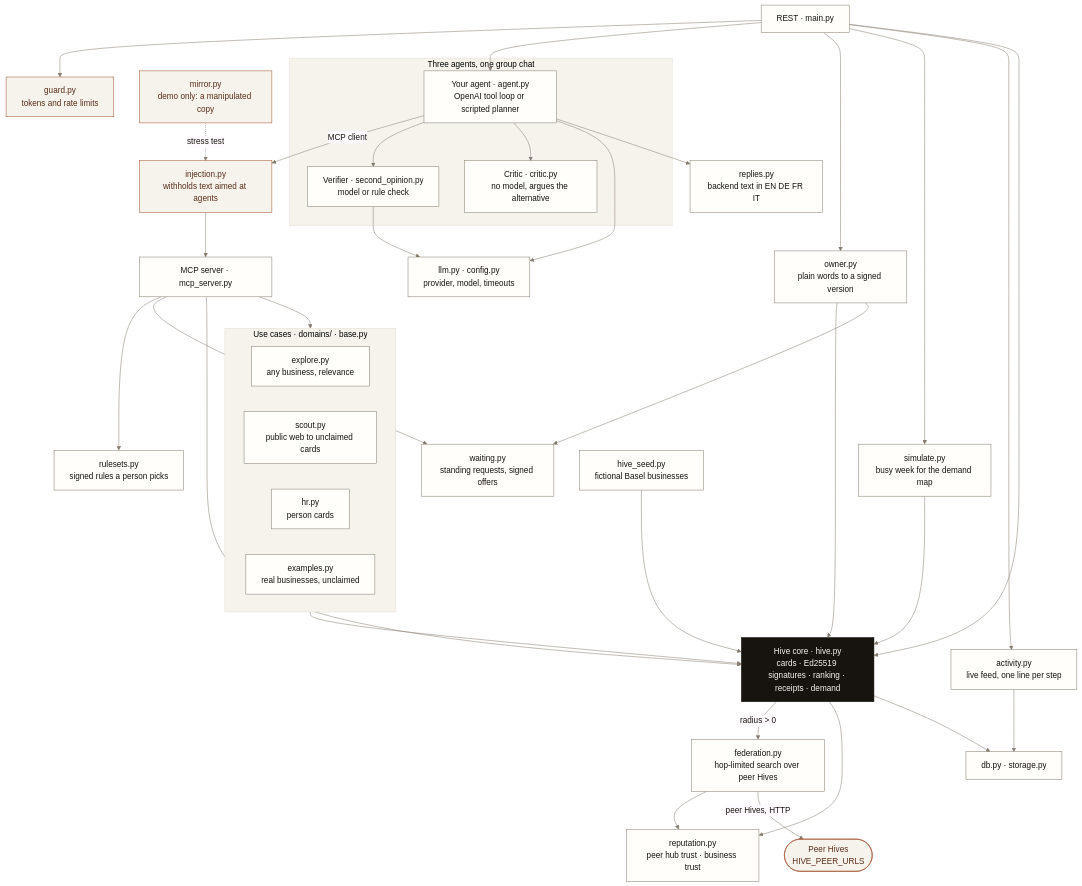
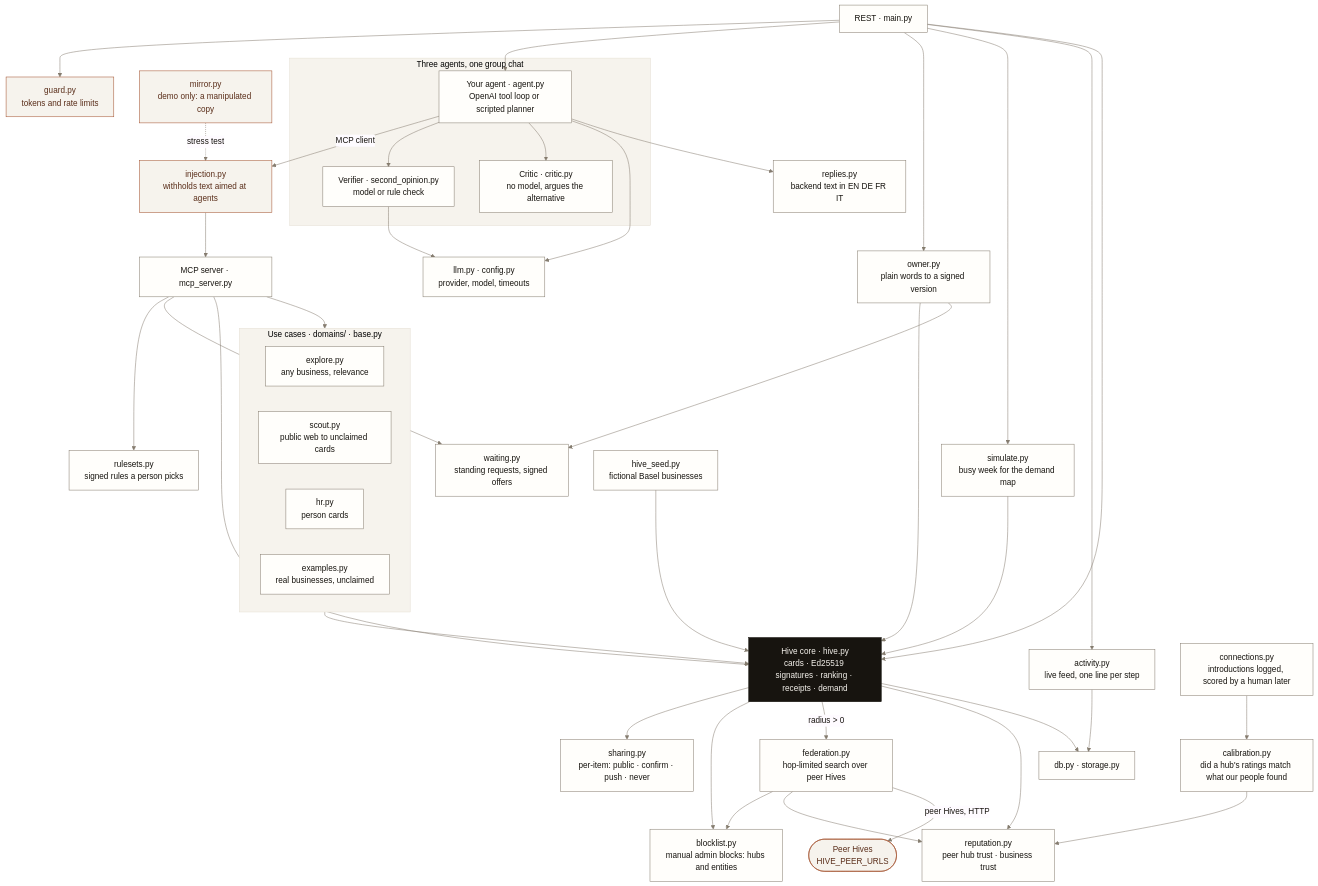
One commit to reactbias/Adobee-Hive changed the second of 7 diagrams in documentation/DIAGRAMS.md. Above: the diagram before and after it, drawn with Mermaid. The commit also changed other lines of this file and 6 other files, not shown here.

First line of the commit message:
feat(hub): item-level sharing, admin blocklist, connection log, hub calibration

````diff
--- a/documentation/DIAGRAMS.md
+++ b/documentation/DIAGRAMS.md
@@ -68,64 +68,73 @@
 ```mermaid
 %%{init: {"theme": "base", "themeVariables": {"primaryColor": "#fffefb", "primaryBorderColor": "#857c6f", "primaryTextColor": "#17140f", "lineColor": "#857c6f", "clusterBkg": "#f6f3ed", "clusterBorder": "#e4ded3", "noteBkgColor": "#f6f3ed", "noteBorderColor": "#e4ded3", "actorBkg": "#fffefb", "actorBorder": "#857c6f", "signalColor": "#4b443a", "signalTextColor": "#17140f", "fontFamily": "Helvetica, Arial, sans-serif"}}}%%
 flowchart TB
   classDef core fill:#17140f,stroke:#17140f,color:#f6f3ed
   classDef mod fill:#fffefb,stroke:#857c6f,color:#17140f
   classDef guard fill:#f6f3ed,stroke:#a24f2c,color:#5a2e1a
 
   REST[REST · main.py]:::mod
   MCP[MCP server · mcp_server.py]:::mod
 
   subgraph DOMAINS["Use cases · domains/ · base.py"]
     EXP[explore.py<br/>any business, relevance]:::mod
     SCT[scout.py<br/>public web to unclaimed cards]:::mod
     HR[hr.py<br/>person cards]:::mod
     EXM[examples.py<br/>real businesses, unclaimed]:::mod
   end
 
   subgraph AGENTS["Three agents, one group chat"]
     A[Your agent · agent.py<br/>OpenAI tool loop or scripted planner]:::mod
     V[Verifier · second_opinion.py<br/>model or rule check]:::mod
     C[Critic · critic.py<br/>no model, argues the alternative]:::mod
   end
 
   INJ[injection.py<br/>withholds text aimed at agents]:::guard
   MIR[mirror.py<br/>demo only: a manipulated copy]:::guard
   GRD[guard.py<br/>tokens and rate limits]:::guard
   LLM[llm.py · config.py<br/>provider, model, timeouts]:::mod
   RPL[replies.py<br/>backend text in EN DE FR IT]:::mod
   OWN[owner.py<br/>plain words to a signed version]:::mod
   WAIT[waiting.py<br/>standing requests, signed offers]:::mod
   RUL[rulesets.py<br/>signed rules a person picks]:::mod
   SIM[simulate.py<br/>busy week for the demand map]:::mod
   ACT[activity.py<br/>live feed, one line per step]:::mod
   HIVE[Hive core · hive.py<br/>cards · Ed25519 signatures · ranking · receipts · demand]:::core
   FED[federation.py<br/>hop-limited search over peer Hives]:::mod
   REP[reputation.py<br/>peer hub trust · business trust]:::mod
+  SHR[sharing.py<br/>per-item: public · confirm · push · never]:::mod
+  BLK[blocklist.py<br/>manual admin blocks: hubs and entities]:::mod
+  CNX[connections.py<br/>introductions logged, scored by a human later]:::mod
+  CAL[calibration.py<br/>did a hub's ratings match what our people found]:::mod
   SEED[hive_seed.py<br/>fictional Basel businesses]:::mod
   DB[db.py · storage.py]:::mod
 
   REST --> GRD
   REST --> A
+  HIVE --> SHR
+  HIVE --> BLK
+  FED --> BLK
+  CNX --> CAL
+  CAL --> REP
   A -->|MCP client| INJ --> MCP
   MIR -.->|stress test| INJ
   A --> V
   A --> C
   A --> LLM
   V --> LLM
   A --> RPL
   REST --> OWN --> HIVE
   OWN --> WAIT
   REST --> SIM --> HIVE
   REST --> ACT --> DB
   MCP --> DOMAINS
   MCP --> RUL
   MCP --> WAIT
   MCP --> HIVE
   DOMAINS --> HIVE
   REST --> HIVE
   SEED --> HIVE
   HIVE -->|radius > 0| FED --> REP
   FED -->|peer Hives, HTTP| PEERS([Peer Hives<br/>HIVE_PEER_URLS]):::guard
   HIVE --> REP
   HIVE --> DB
 ```
````
